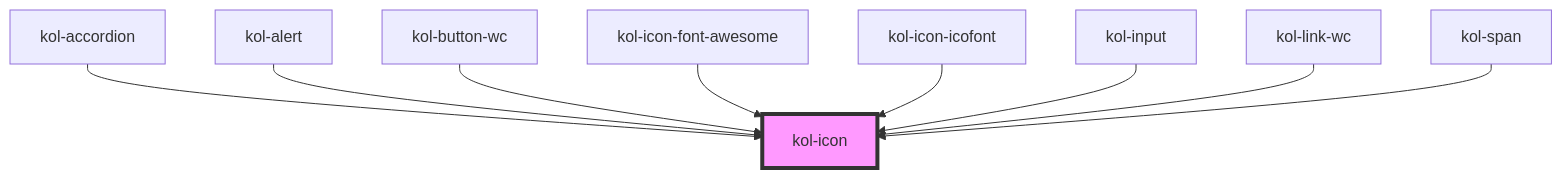
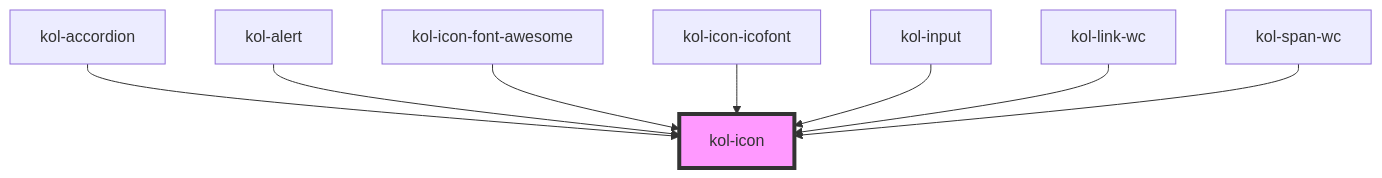
The diagram in packages/library/src/components/icon/readme.md (public-ui/kolibri), drawn with Mermaid before and after one commit. The commit also changed other lines of this file and 34 other files, not shown here.

````diff
--- a/packages/library/src/components/icon/readme.md
+++ b/packages/library/src/components/icon/readme.md
@@ -90,12 +89,11 @@
 ```mermaid
 graph TD;
   kol-accordion --> kol-icon
   kol-alert --> kol-icon
-  kol-button-wc --> kol-icon
   kol-icon-font-awesome --> kol-icon
   kol-icon-icofont --> kol-icon
   kol-input --> kol-icon
   kol-link-wc --> kol-icon
-  kol-span --> kol-icon
+  kol-span-wc --> kol-icon
   style kol-icon fill:#f9f,stroke:#333,stroke-width:4px
 ```
````
